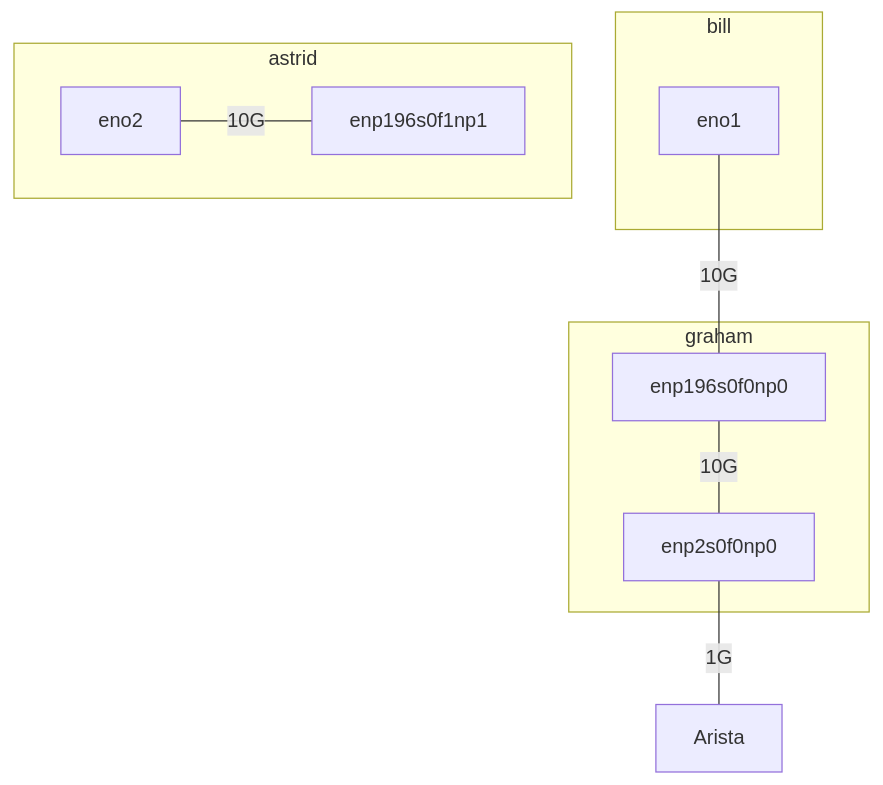
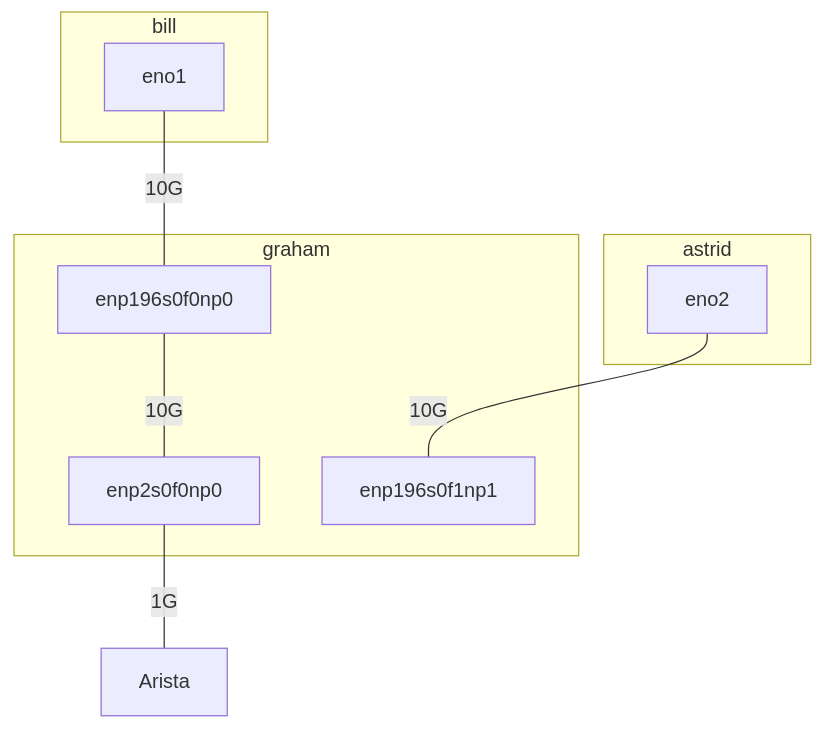
The fourth of 4 diagrams in some-mermaid-graph.md (ackxolotl/doctor-cluster-config), drawn with Mermaid before and after one commit.

````diff
--- a/some-mermaid-graph.md
+++ b/some-mermaid-graph.md
@@ -45,14 +45,15 @@
 ```mermaid
   graph TD
     enp2s0f0np0-- 1G ---Arista
     subgraph graham
     enp2s0f0np0
+    enp196s0f1np1
     enp196s0f0np0-- 10G ---enp2s0f0np0
     end
     subgraph bill
     eno1-- 10G ---enp196s0f0np0
     end
     subgraph astrid
     eno2-- 10G ---enp196s0f1np1
     end
 ```
````
